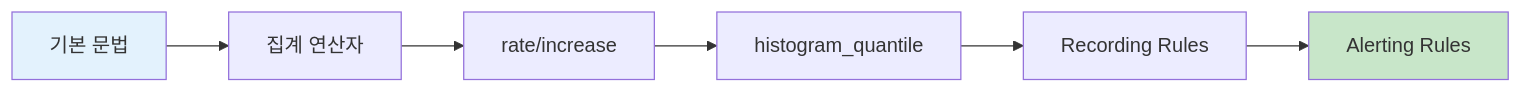
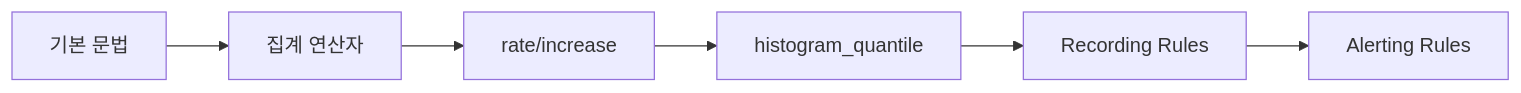
The diagram in content/ko/docs/observability/concepts/promql/_index.md (advanced-beginner/advanced-beginner.github.io), drawn with Mermaid before and after one commit. The commit also changed 89 other files, not shown here.

````diff
--- a/content/ko/docs/observability/concepts/promql/_index.md
+++ b/content/ko/docs/observability/concepts/promql/_index.md
@@ -86,11 +86,8 @@
 ```mermaid
 graph LR
     A["기본 문법"] --> B["집계 연산자"]
     B --> C["rate/increase"]
     C --> D["histogram_quantile"]
     D --> E["Recording Rules"]
     E --> F["Alerting Rules"]
-
-    style A fill:#e3f2fd
-    style F fill:#c8e6c9
 ```
````
